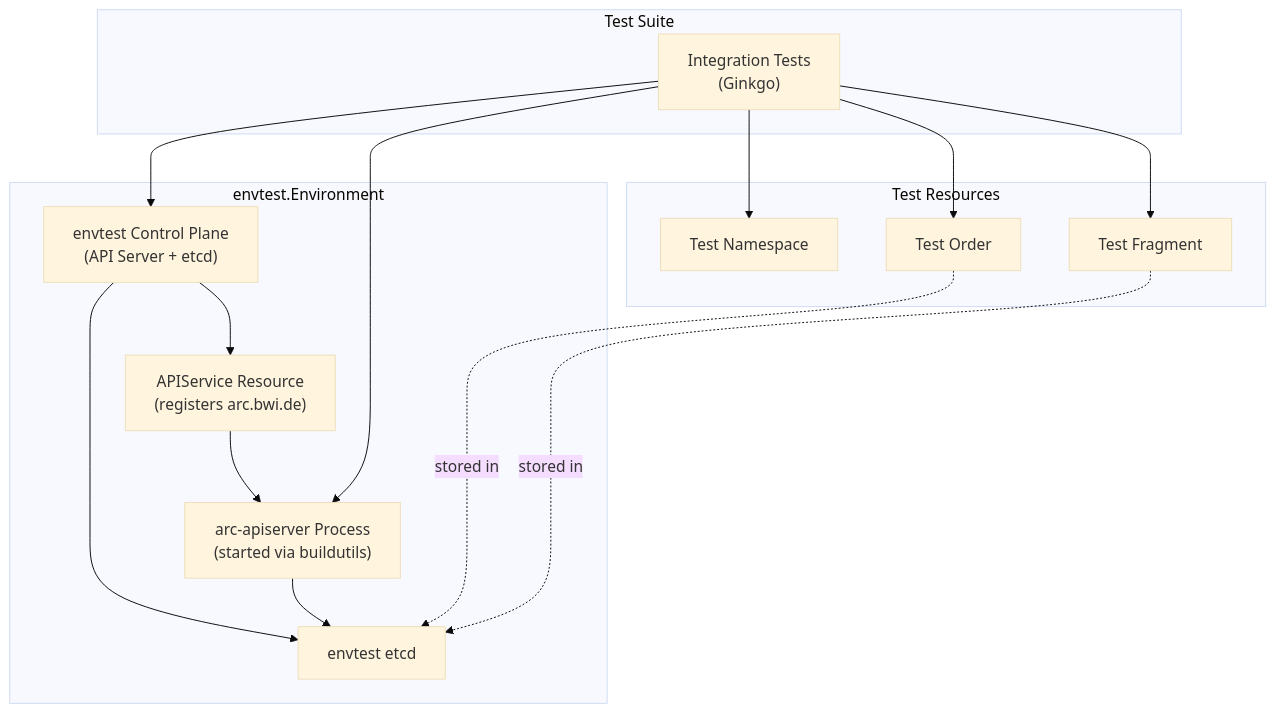
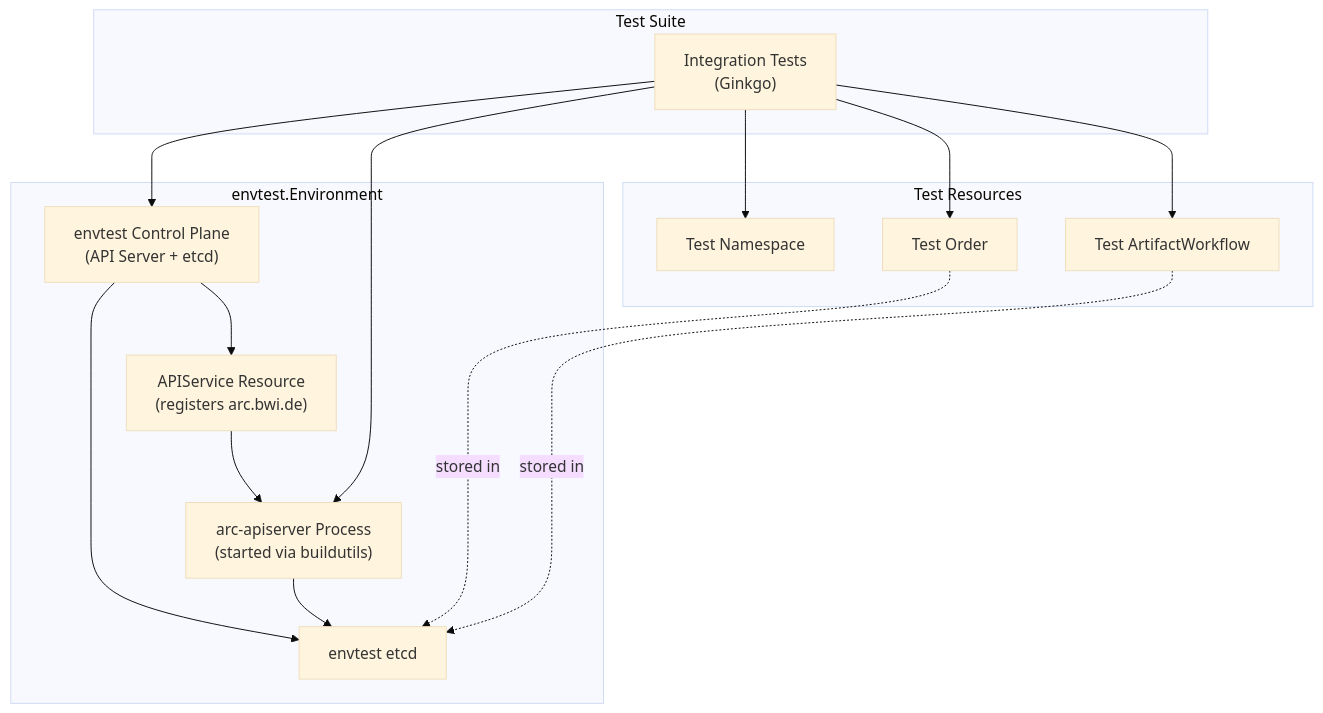
Before and after one commit to opendefensecloud/artifact-conduit: the sixth of 7 diagrams in docs/user-guide/core-concepts.md, drawn with Mermaid (base theme). The commit also changed other lines of this file and 53 other files, not shown here.

````diff
--- a/docs/user-guide/core-concepts.md
+++ b/docs/user-guide/core-concepts.md
@@ -369,37 +369,37 @@
 ```mermaid
 graph TB
     subgraph "Test Suite"
         TestCode["Integration Tests<br/>(Ginkgo)"]
     end
     
     subgraph "envtest.Environment"
         EnvtestCtrl["envtest Control Plane<br/>(API Server + etcd)"]
         EnvtestEtcd["envtest etcd"]
         
         APIServerProc["arc-apiserver Process<br/>(started via buildutils)"]
         
         APIService["APIService Resource<br/>(registers arc.bwi.de)"]
     end
     
     subgraph "Test Resources"
         TestNS["Test Namespace"]
         TestOrder["Test Order"]
-        TestFragment["Test Fragment"]
+        TestArtifactWorkflow["Test ArtifactWorkflow"]
     end
     
     TestCode --> EnvtestCtrl
     TestCode --> APIServerProc
     
     EnvtestCtrl --> EnvtestEtcd
     EnvtestCtrl --> APIService
     
     APIServerProc --> EnvtestEtcd
     APIService --> APIServerProc
     
     TestCode --> TestNS
     TestCode --> TestOrder
-    TestCode --> TestFragment
+    TestCode --> TestArtifactWorkflow
     
     TestOrder -.stored in.-> EnvtestEtcd
-    TestFragment -.stored in.-> EnvtestEtcd
+    TestArtifactWorkflow -.stored in.-> EnvtestEtcd
 ```
````
